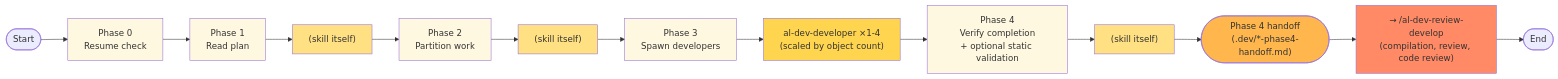
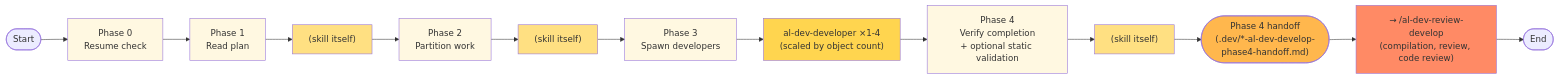
The sixth of 21 diagrams in docs/al-dev-skills-map.md (russell-laing/al-dev-shared), drawn with Mermaid before and after one commit. The commit also changed other lines of this file, not shown here.

Commit message:
docs: sync skills map — add al-dev-consolidate to Layer 1, fix develop handoff label, update skill count

````diff
--- a/docs/al-dev-skills-map.md
+++ b/docs/al-dev-skills-map.md
@@ -213,27 +217,27 @@
 ```mermaid
 flowchart LR
     Start([Start]) --> Phase0["Phase 0<br/>Resume check"]
     Phase0 --> Phase1["Phase 1<br/>Read plan"]
     Phase1 --> SkillWork1["(skill itself)"]
     SkillWork1 --> Phase2["Phase 2<br/>Partition work"]
     Phase2 --> SkillWork2["(skill itself)"]
     SkillWork2 --> Phase3["Phase 3<br/>Spawn developers"]
     Phase3 --> DevAgent["al-dev-developer ×1-4<br/>(scaled by object count)"]
     DevAgent --> Phase4["Phase 4<br/>Verify completion<br/>+ optional static validation"]
     Phase4 --> SkillWork3["(skill itself)"]
-    SkillWork3 --> Handoff(["Phase 4 handoff<br/>(.dev/*-phase4-handoff.md)"])
+    SkillWork3 --> Handoff(["Phase 4 handoff<br/>(.dev/*-al-dev-develop-phase4-handoff.md)"])
     Handoff --> ReviewDevelop["→ /al-dev-review-develop<br/>(compilation, review, code review)"]
     ReviewDevelop --> End([End])
 
     style Phase0 fill:#fff8e1
     style Phase1 fill:#fff8e1
     style Phase2 fill:#fff8e1
     style Phase3 fill:#fff8e1
     style Phase4 fill:#fff8e1
     style SkillWork1 fill:#ffe082
     style SkillWork2 fill:#ffe082
     style SkillWork3 fill:#ffe082
     style DevAgent fill:#ffd54f
     style Handoff fill:#ffb74d
     style ReviewDevelop fill:#ff8a65
 ```
````
